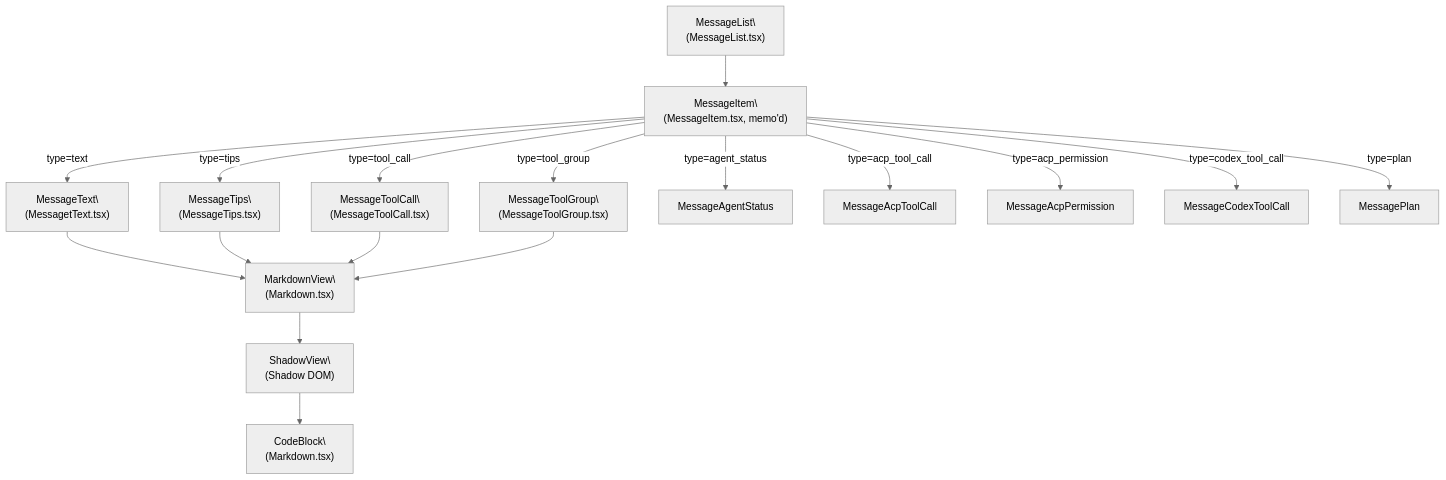
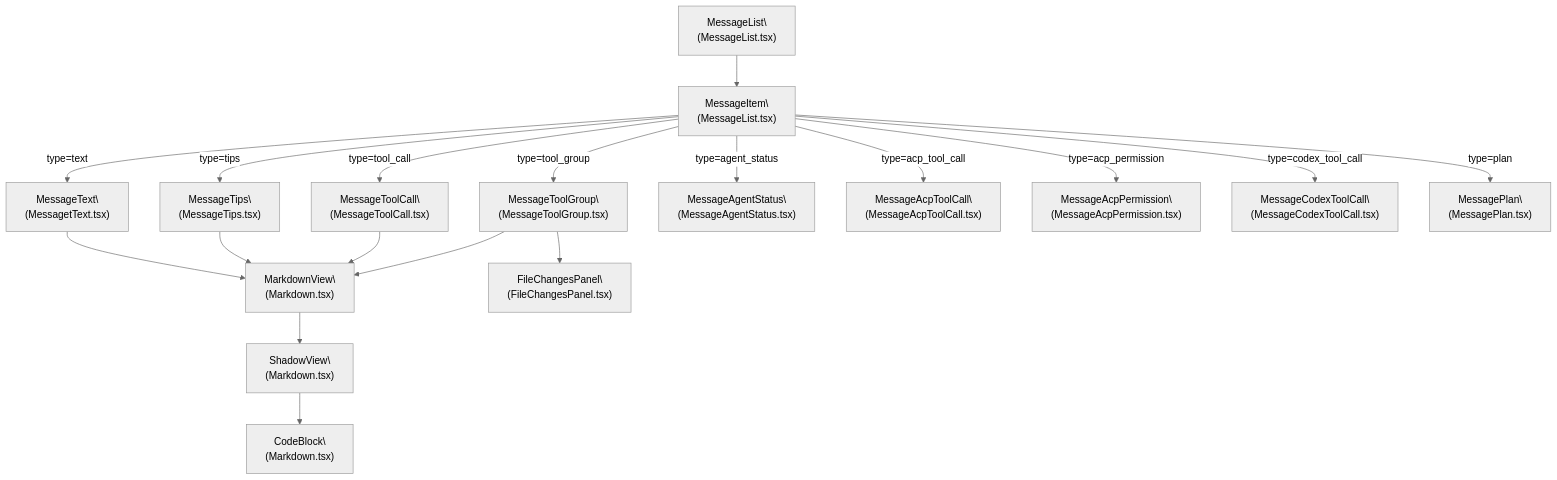
One commit to blackcater/zentree changed the first of 3 diagrams in docs/iOfficeAI_AionUi/user-interface/message-rendering-system.md. Above: the diagram before and after it, drawn with Mermaid (neutral theme). The commit also changed other lines of this file and 232 other files, not shown here.

````diff
--- a/docs/iOfficeAI_AionUi/user-interface/message-rendering-system.md
+++ b/docs/iOfficeAI_AionUi/user-interface/message-rendering-system.md
@@ -34,28 +37,35 @@
 ```mermaid
 graph TD
     ML["MessageList\
 (MessageList.tsx)"] --> MI["MessageItem\
-(MessageItem.tsx, memo'd)"]
+(MessageList.tsx)"]
     MI --> |"type=text"| MT["MessageText\
 (MessagetText.tsx)"]
     MI --> |"type=tips"| MTIP["MessageTips\
 (MessageTips.tsx)"]
     MI --> |"type=tool_call"| MTC["MessageToolCall\
 (MessageToolCall.tsx)"]
     MI --> |"type=tool_group"| MTG["MessageToolGroup\
 (MessageToolGroup.tsx)"]
-    MI --> |"type=agent_status"| MAS["MessageAgentStatus"]
-    MI --> |"type=acp_tool_call"| MATC["MessageAcpToolCall"]
-    MI --> |"type=acp_permission"| MAP["MessageAcpPermission"]
-    MI --> |"type=codex_tool_call"| MCTC["MessageCodexToolCall"]
-    MI --> |"type=plan"| MPL["MessagePlan"]
+    MI --> |"type=agent_status"| MAS["MessageAgentStatus\
+(MessageAgentStatus.tsx)"]
+    MI --> |"type=acp_tool_call"| MATC["MessageAcpToolCall\
+(MessageAcpToolCall.tsx)"]
+    MI --> |"type=acp_permission"| MAP["MessageAcpPermission\
+(MessageAcpPermission.tsx)"]
+    MI --> |"type=codex_tool_call"| MCTC["MessageCodexToolCall\
+(MessageCodexToolCall.tsx)"]
+    MI --> |"type=plan"| MPL["MessagePlan\
+(MessagePlan.tsx)"]
     MT --> MV["MarkdownView\
 (Markdown.tsx)"]
     MTIP --> MV
     MTC --> MV
     MTG --> MV
     MV --> SV["ShadowView\
-(Shadow DOM)"]
+(Markdown.tsx)"]
     SV --> CB["CodeBlock\
 (Markdown.tsx)"]
+    MTG --> FCP["FileChangesPanel\
+(FileChangesPanel.tsx)"]
 ```
````
